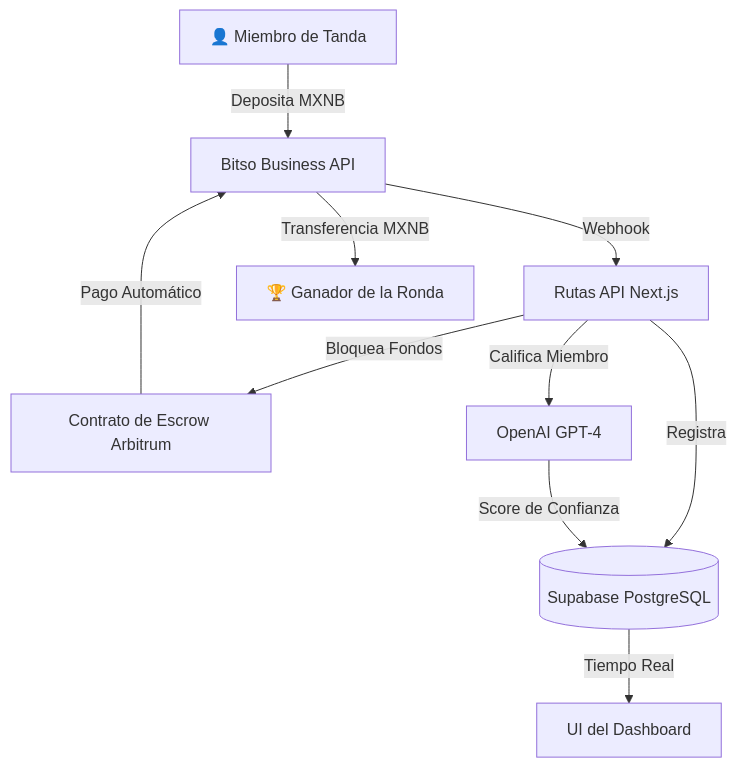
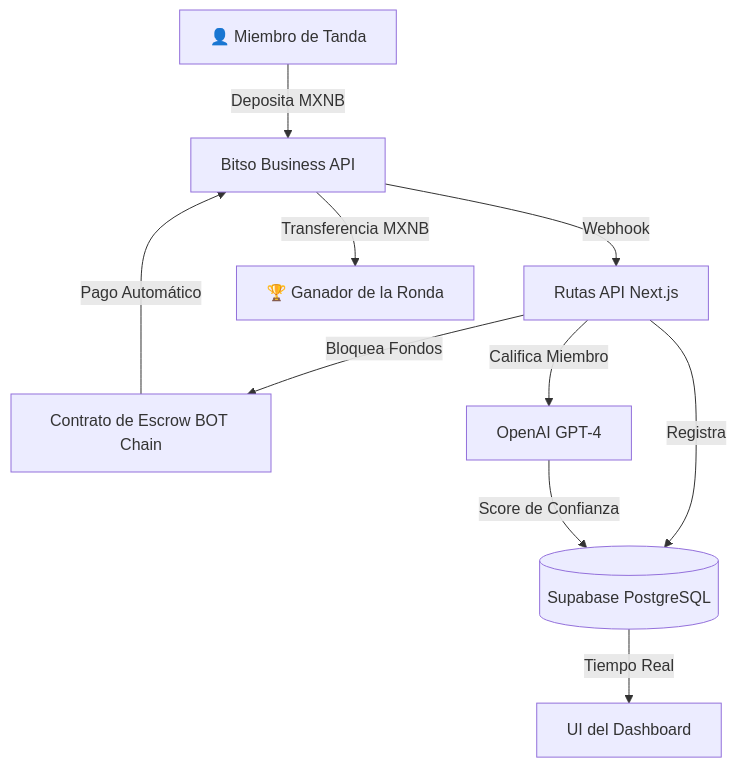
One commit to edycutjong/tandot changed the diagram in README.es.md. Above: the diagram before and after it, drawn with Mermaid. The commit also changed other lines of this file and 14 other files, not shown here.

Commit message:
feat: migrate project from Arbitrum to BOT Chain

````diff
--- a/README.es.md
+++ b/README.es.md
@@ -76,13 +76,13 @@
 ```mermaid
 graph TB
     User[👤 Miembro de Tanda] -->|Deposita MXNB| Bitso[Bitso Business API]
     Bitso -->|Webhook| API[Rutas API Next.js]
     API -->|Registra| DB[(Supabase PostgreSQL)]
-    API -->|Bloquea Fondos| Escrow[Contrato de Escrow Arbitrum]
+    API -->|Bloquea Fondos| Escrow[Contrato de Escrow BOT Chain]
     API -->|Califica Miembro| AI[OpenAI GPT-4]
     AI -->|Score de Confianza| DB
     Escrow -->|Pago Automático| Bitso
     Bitso -->|Transferencia MXNB| Winner[🏆 Ganador de la Ronda]
 
     DB -->|Tiempo Real| Dashboard[UI del Dashboard]
 ```
````
